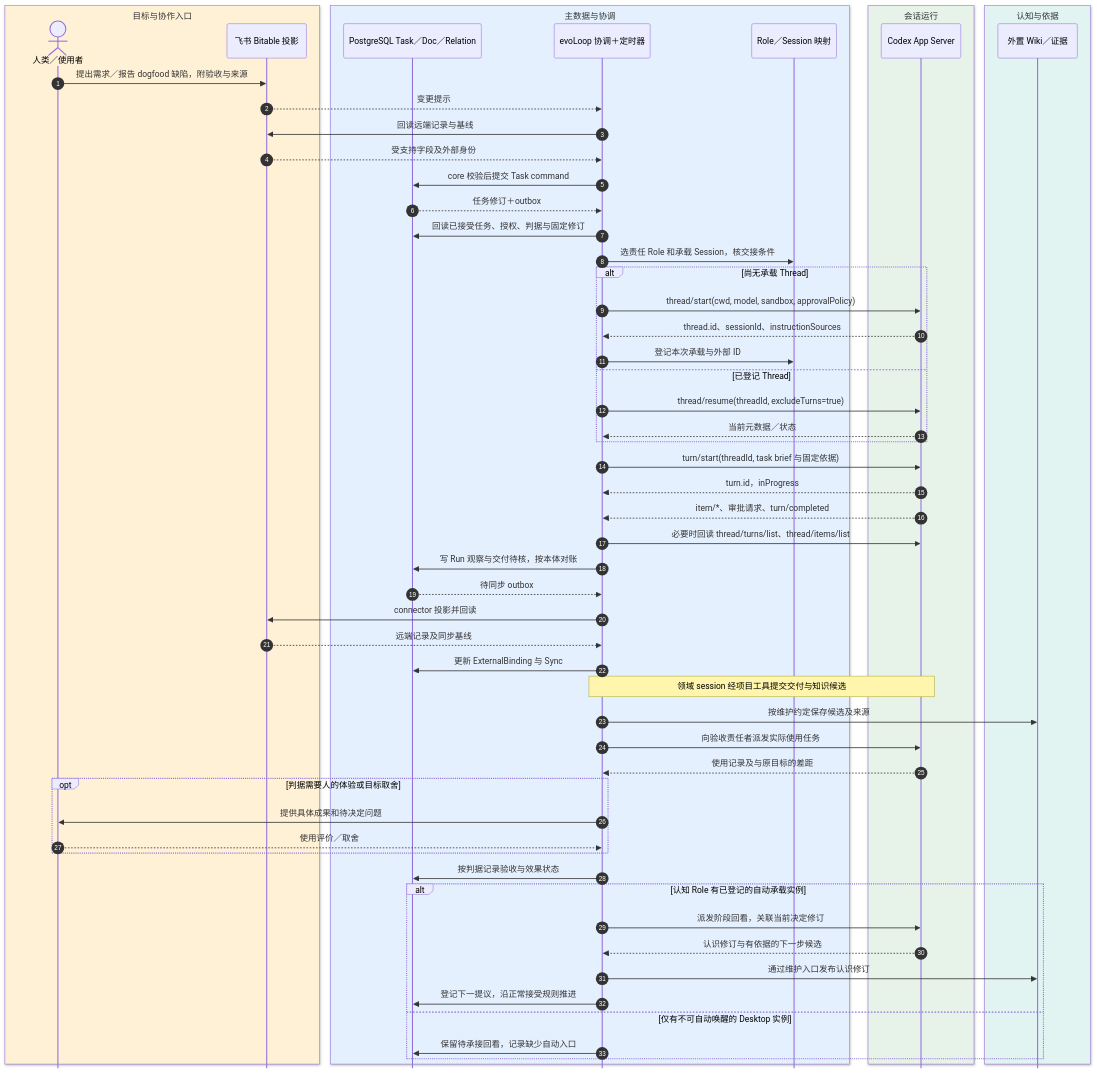
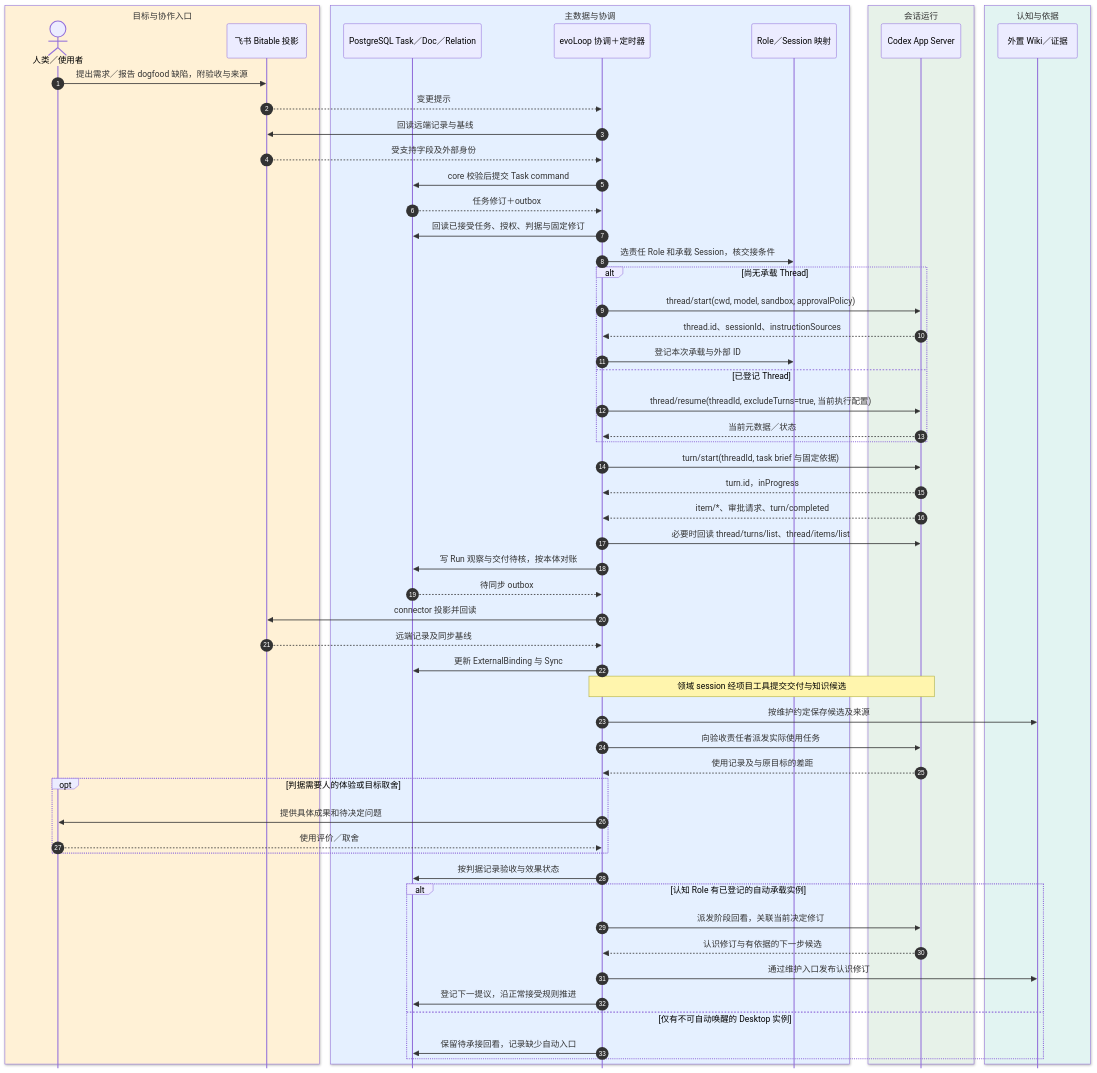
The diagram in docs/architecture/codex-integration.md (cyl19970726/evoLoop), drawn with Mermaid before and after one commit. The commit also changed other lines of this file and 1 other file, not shown here.

````diff
--- a/docs/architecture/codex-integration.md
+++ b/docs/architecture/codex-integration.md
@@ -15,62 +15,62 @@
 ```mermaid
 %%{init: {"sequence":{"mirrorActors":false,"messageMargin":30}}}%%
 sequenceDiagram
   autonumber
   box rgb(255,241,214) 目标与协作入口
   actor H as 人类／使用者
   participant F as 飞书 Bitable 投影
   end
   box rgb(229,240,255) 主数据与协调
   participant P as PostgreSQL Task／Doc／Relation
   participant C as evoLoop 协调＋定时器
   participant R as Role／Session 映射
   end
   box rgb(231,242,233) 会话运行
   participant A as Codex App Server
   end
   box rgb(226,244,242) 认知与依据
   participant K as 外置 Wiki／证据
   end
   H->>F: 提出需求／报告 dogfood 缺陷，附验收与来源
   F-->>C: 变更提示
   C->>F: 回读远端记录与基线
   F-->>C: 受支持字段及外部身份
   C->>P: core 校验后提交 Task command
   P-->>C: 任务修订＋outbox
   C->>P: 回读已接受任务、授权、判据与固定修订
   C->>R: 选责任 Role 和承载 Session，核交接条件
   alt 尚无承载 Thread
     C->>A: thread/start(cwd, model, sandbox, approvalPolicy)
     A-->>C: thread.id、sessionId、instructionSources
     C->>R: 登记本次承载与外部 ID
   else 已登记 Thread
-    C->>A: thread/resume(threadId, excludeTurns=true)
+    C->>A: thread/resume(threadId, excludeTurns=true, 当前执行配置)
     A-->>C: 当前元数据／状态
   end
   C->>A: turn/start(threadId, task brief 与固定依据)
   A-->>C: turn.id，inProgress
   A-->>C: item/*、审批请求、turn/completed
   C->>A: 必要时回读 thread/turns/list、thread/items/list
   C->>P: 写 Run 观察与交付待核，按本体对账
   P-->>C: 待同步 outbox
   C->>F: connector 投影并回读
   F-->>C: 远端记录及同步基线
   C->>P: 更新 ExternalBinding 与 Sync
   Note over C,A: 领域 session 经项目工具提交交付与知识候选
   C->>K: 按维护约定保存候选及来源
   C->>A: 向验收责任者派发实际使用任务
   A-->>C: 使用记录及与原目标的差距
   opt 判据需要人的体验或目标取舍
     C->>H: 提供具体成果和待决定问题
     H-->>C: 使用评价／取舍
   end
   C->>P: 按判据记录验收与效果状态
   alt 认知 Role 有已登记的自动承载实例
     C->>A: 派发阶段回看，关联当前决定修订
     A-->>C: 认识修订与有依据的下一步候选
     C->>K: 通过维护入口发布认识修订
     C->>P: 登记下一提议，沿正常接受规则推进
   else 仅有不可自动唤醒的 Desktop 实例
     C->>P: 保留待承接回看，记录缺少自动入口
   end
 ```
````
